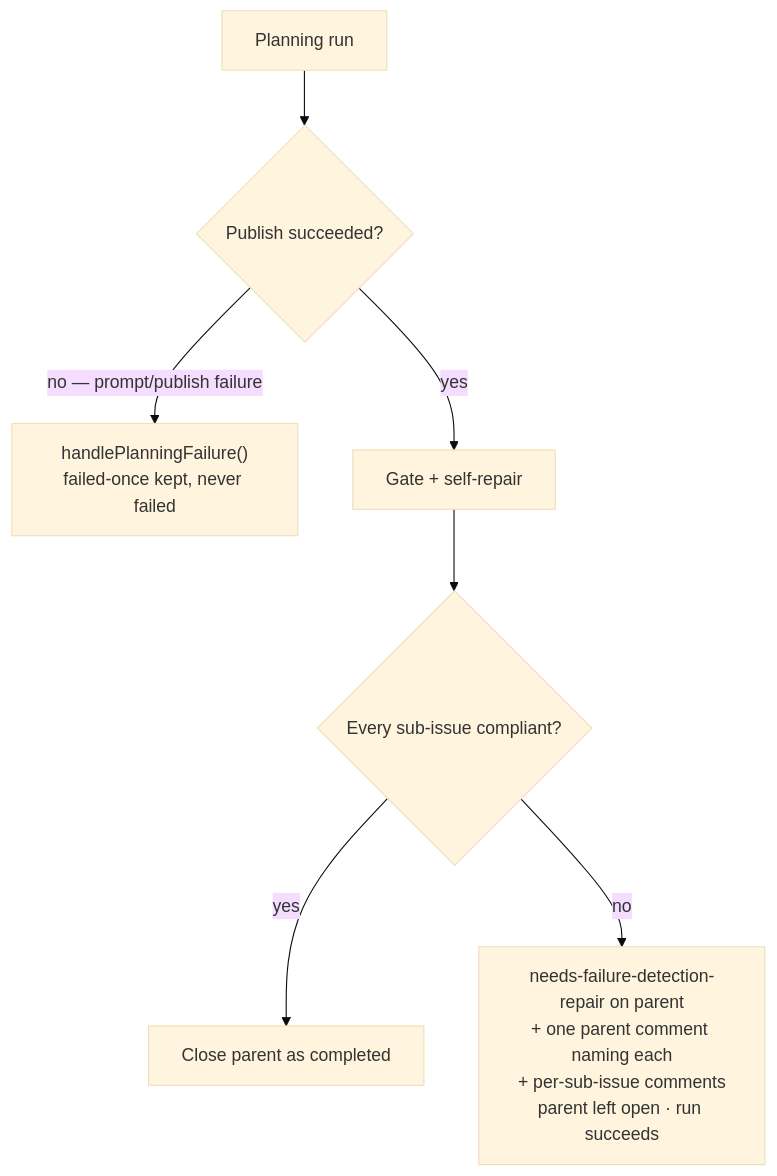
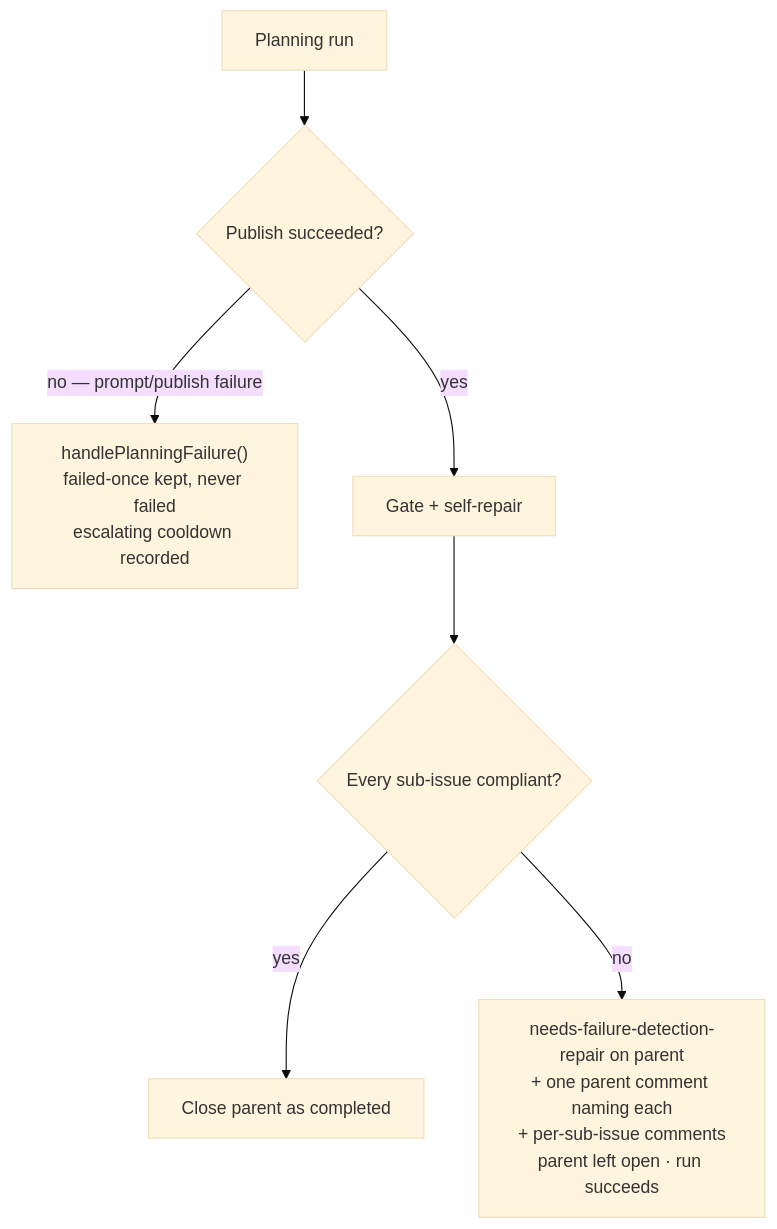
One commit to stSoftwareAU/VibeCoder changed the third of 12 diagrams in docs/workflows/planning-and-questions.md. Above: the diagram before and after it, drawn with Mermaid (base theme). The commit also changed other lines of this file and 10 other files, not shown here.

First line of the commit message:
Record and honour the escalating cooldown on planning and question failures (#5376)

````diff
--- a/docs/workflows/planning-and-questions.md
+++ b/docs/workflows/planning-and-questions.md
@@ -347,9 +350,9 @@
 ```mermaid
 flowchart TD
     A[Planning run] --> B{Publish succeeded?}
-    B -->|no — prompt/publish failure| C["handlePlanningFailure()<br/>failed-once kept, never failed"]
+    B -->|no — prompt/publish failure| C["handlePlanningFailure()<br/>failed-once kept, never failed<br/>escalating cooldown recorded"]
     B -->|yes| D[Gate + self-repair]
     D --> E{Every sub-issue compliant?}
     E -->|yes| F[Close parent as completed]
     E -->|no| G["needs-failure-detection-repair on parent<br/>+ one parent comment naming each<br/>+ per-sub-issue comments<br/>parent left open · run succeeds"]
 ```
````
